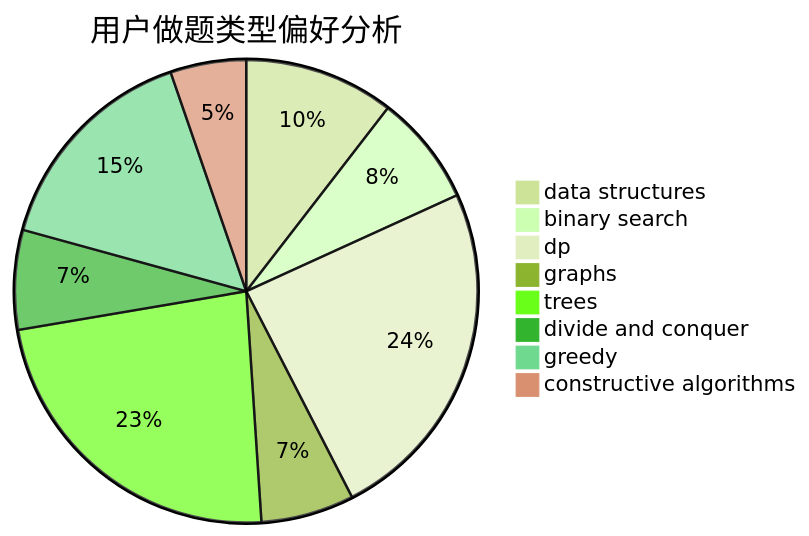
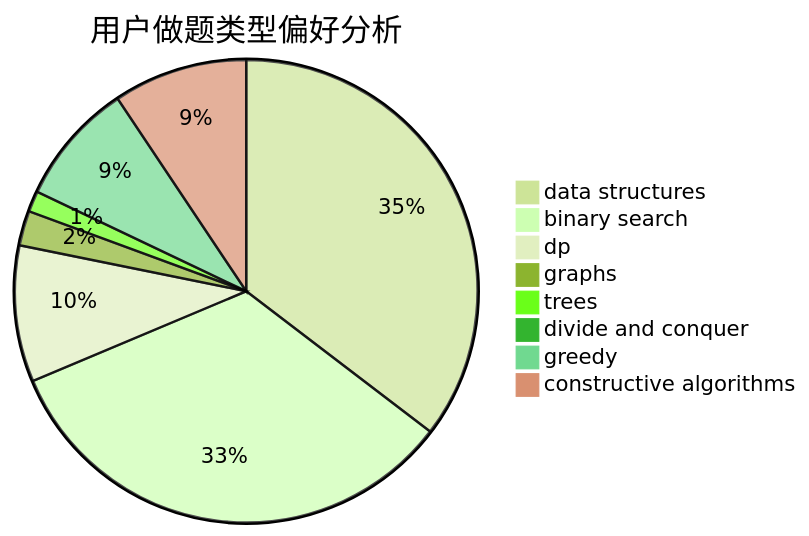
One commit to sherpahu/cfrs.github.io changed the second of 3 diagrams in docs/user/u1159.md. Above: the diagram before and after it, drawn with Mermaid (forest theme). The commit also changed other lines of this file and 2770 other files, not shown here.

````diff
--- a/docs/user/u1159.md
+++ b/docs/user/u1159.md
@@ -23,11 +23,11 @@
 ```mermaid
 pie title 用户做题类型偏好分析
-    "data structures" :  95
-    "binary search" :  70
-    "dp" :  220
-    "graphs" :  59
-    "trees" :  212
-    "divide and conquer" :  63
-    "greedy" :  140
-    "constructive algorithms" :  48
+    "data structures" :  219
+    "binary search" :  206
+    "dp" :  59
+    "graphs" :  15
+    "trees" :  9
+    "divide and conquer" :  0
+    "greedy" :  53
+    "constructive algorithms" :  58
 ```
````
